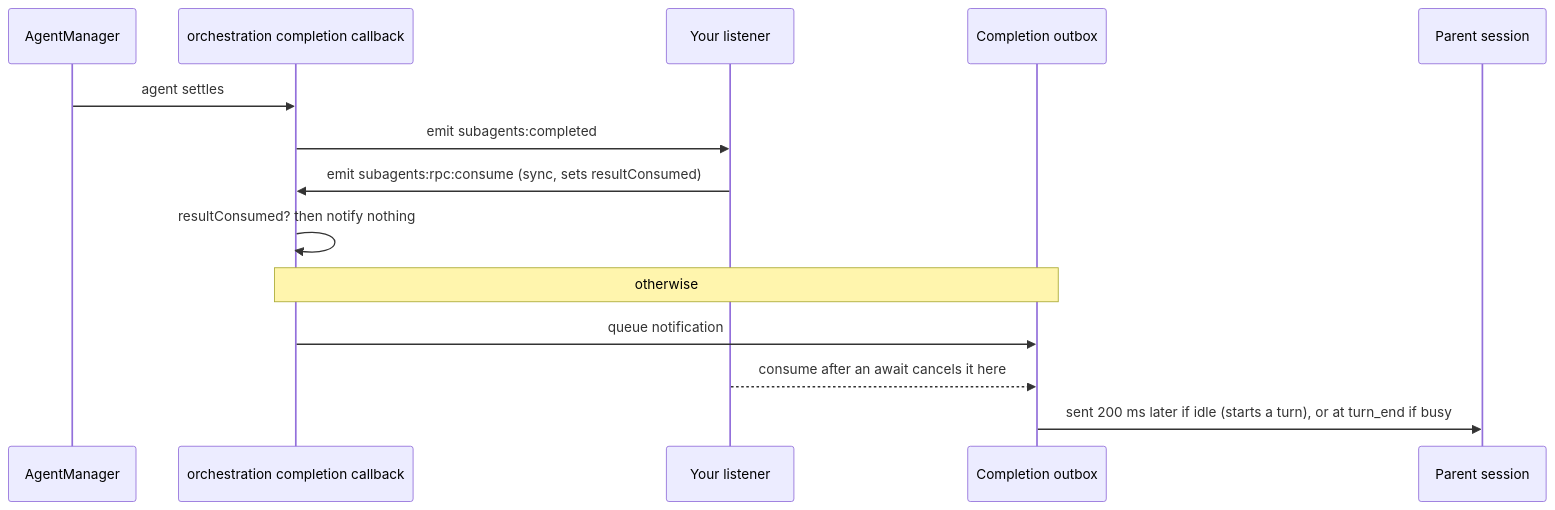
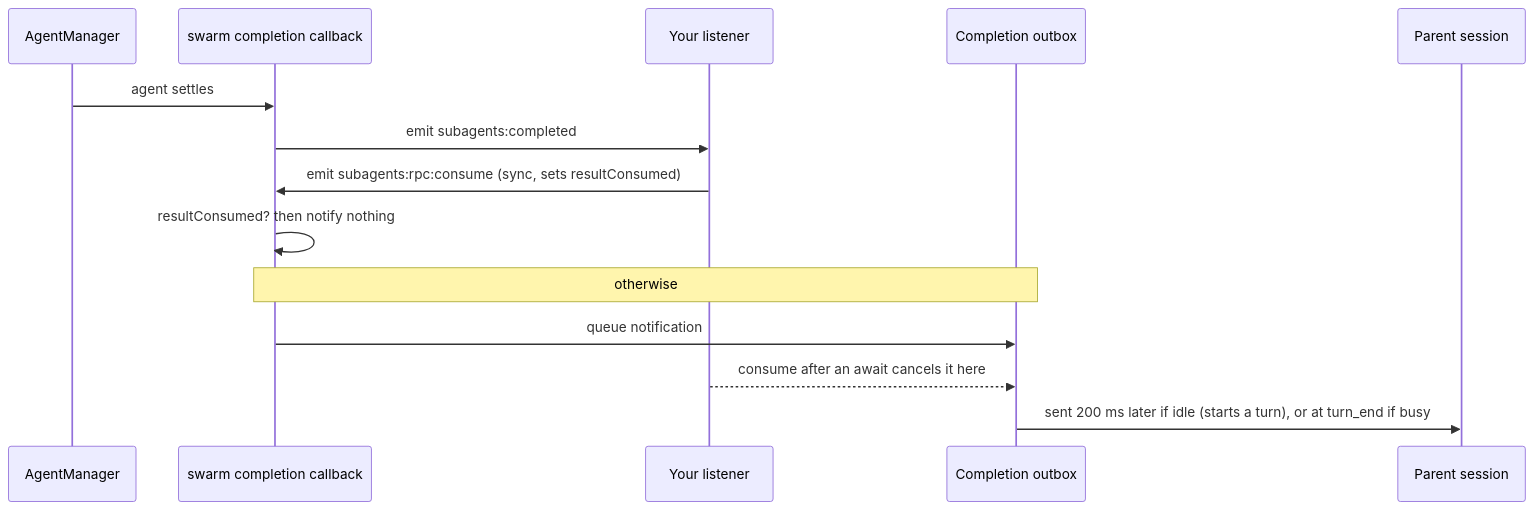
The third of 5 diagrams in docs/rpc.md (lfld287/swarm), drawn with Mermaid before and after one commit. The commit also changed other lines of this file and 20 other files, not shown here.

````diff
--- a/docs/rpc.md
+++ b/docs/rpc.md
@@ -176,16 +176,16 @@
 ```mermaid
 sequenceDiagram
   participant M as AgentManager
-  participant X as orchestration completion callback
+  participant X as swarm completion callback
   participant Y as Your listener
   participant O as Completion outbox
   participant P as Parent session
   M->>X: agent settles
   X->>Y: emit subagents:completed
   Y->>X: emit subagents:rpc:consume (sync, sets resultConsumed)
   X->>X: resultConsumed? then notify nothing
   Note over X,O: otherwise
   X->>O: queue notification
   Y-->>O: consume after an await cancels it here
   O->>P: sent 200 ms later if idle (starts a turn), or at turn_end if busy
 ```
````
